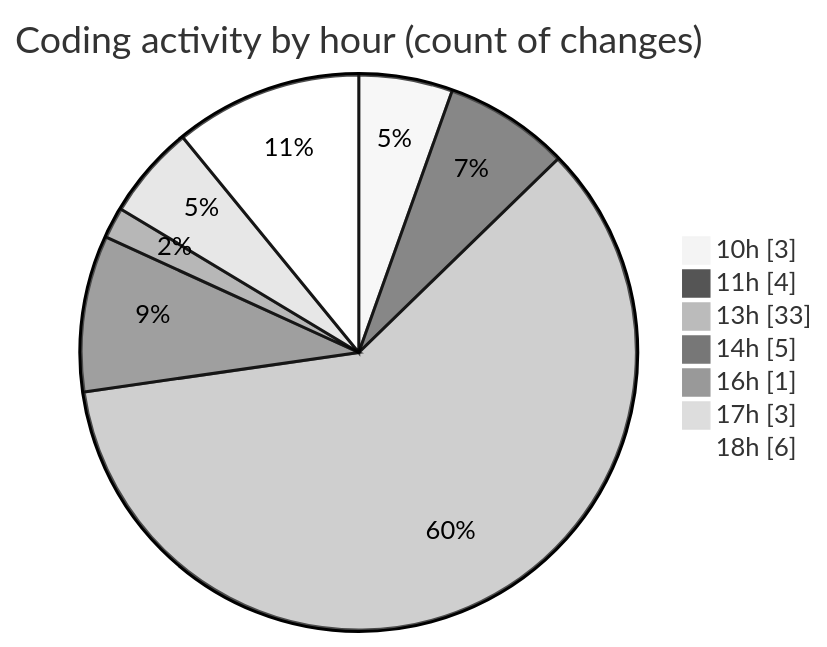
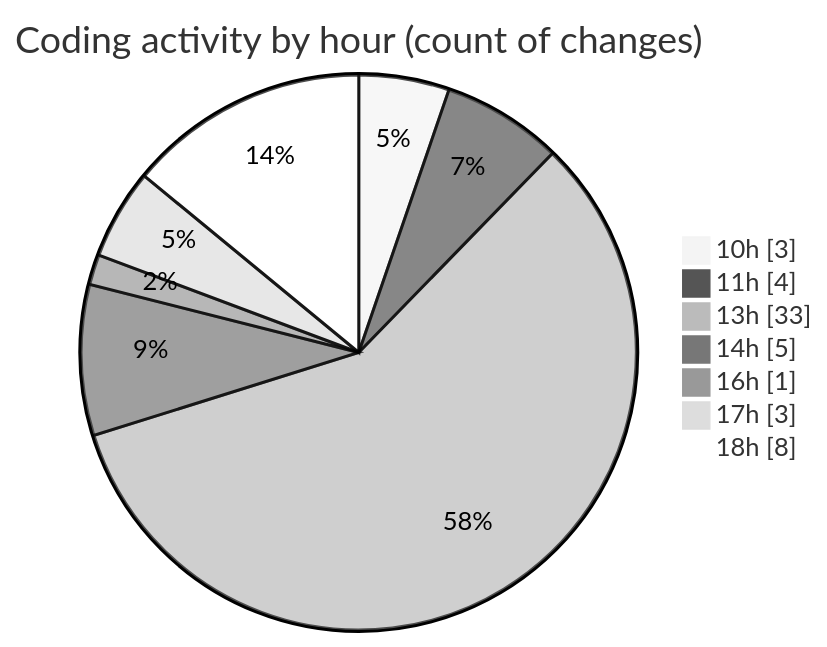
One commit to momahboobian/code-tracking changed the second of 2 diagrams in 2025-08-14/cda/README.md. Above: the diagram before and after it, drawn with Mermaid (neutral theme). The commit also changed other lines of this file and 1 other file, not shown here.

````diff
--- a/2025-08-14/cda/README.md
+++ b/2025-08-14/cda/README.md
@@ -50,11 +50,11 @@
 ```mermaid
 pie showData
 title Coding activity by hour (count of changes)
 "10h" : 3
 "11h" : 4
 "13h" : 33
 "14h" : 5
 "16h" : 1
 "17h" : 3
-"18h" : 6
+"18h" : 8
 ```
````
